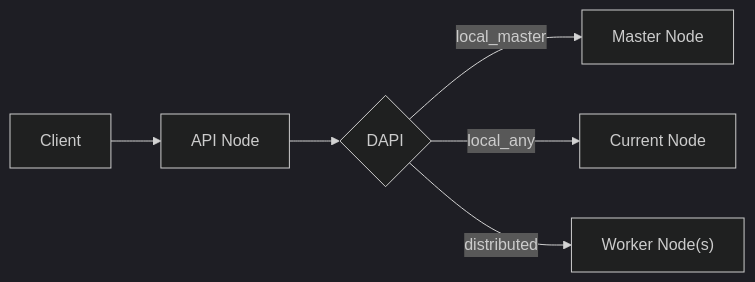
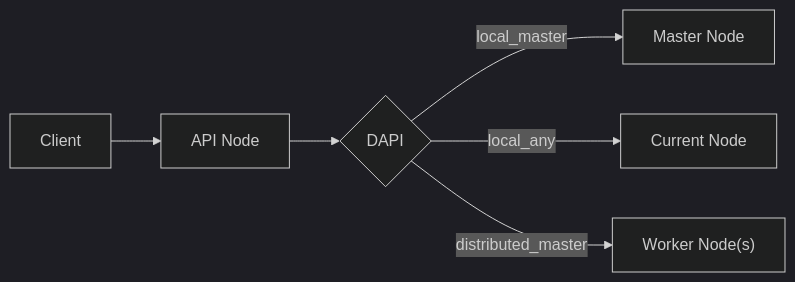
The second of 2 diagrams in docs/ref/modules/server-api/architecture.md (wazuh/wazuh), drawn with Mermaid (dark theme) before and after one commit. The commit also changed other lines of this file and 55 other files, not shown here.

````diff
--- a/docs/ref/modules/server-api/architecture.md
+++ b/docs/ref/modules/server-api/architecture.md
@@ -200,8 +200,8 @@
 ```mermaid
 graph LR
     A["Client"] --> B["API Node"]
     B --> C{"DAPI"}
     C -->|local_master| D["Master Node"]
     C -->|local_any| E["Current Node"]
-    C -->|distributed| F["Worker Node(s)"]
+    C -->|distributed_master| F["Worker Node(s)"]
 ```
````
